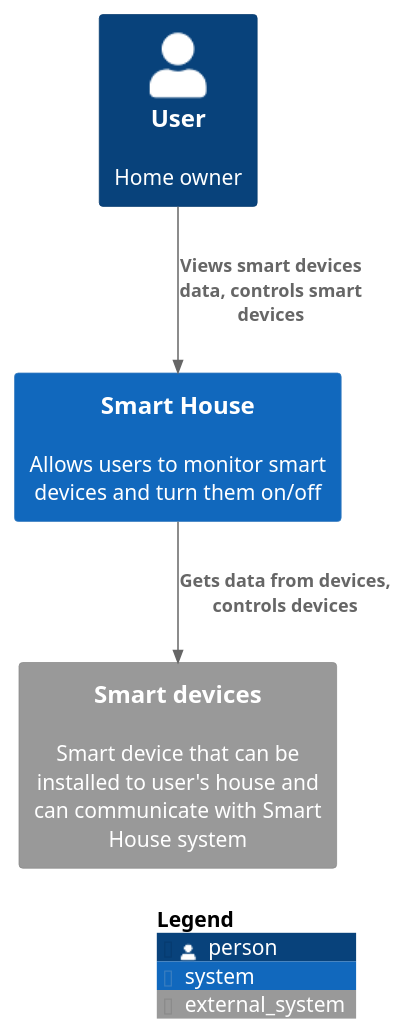
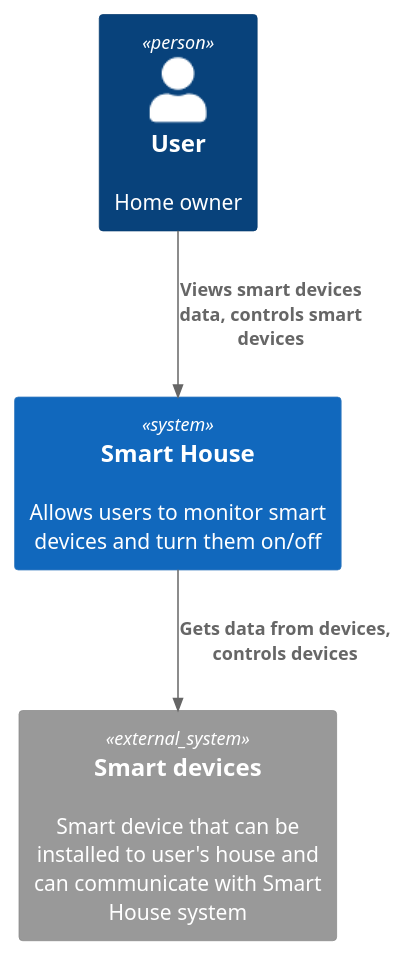
Before and after one commit to AdayevKP/warmhouse: the diagram in schemas/diagrams/context/smarthouse_context.puml, drawn with PlantUML.

Commit message:
remove legend

```diff
--- a/schemas/diagrams/context/smarthouse_context.puml
+++ b/schemas/diagrams/context/smarthouse_context.puml
@@ -1,11 +1,10 @@
 @startuml
 !include <C4/C4_Context>
 
 Person(user, "User", "Home owner")
 System(smarthouse, "Smart House", "Allows users to monitor smart devices and turn them on/off")
 Rel(user, smarthouse, "Views smart devices data, controls smart devices")
 
 System_Ext(smart_device, "Smart devices", "Smart device that can be installed to user's house and can communicate with Smart House system")
 Rel(smarthouse, smart_device, "Gets data from devices, controls devices")
-SHOW_LEGEND()
 @enduml
```
